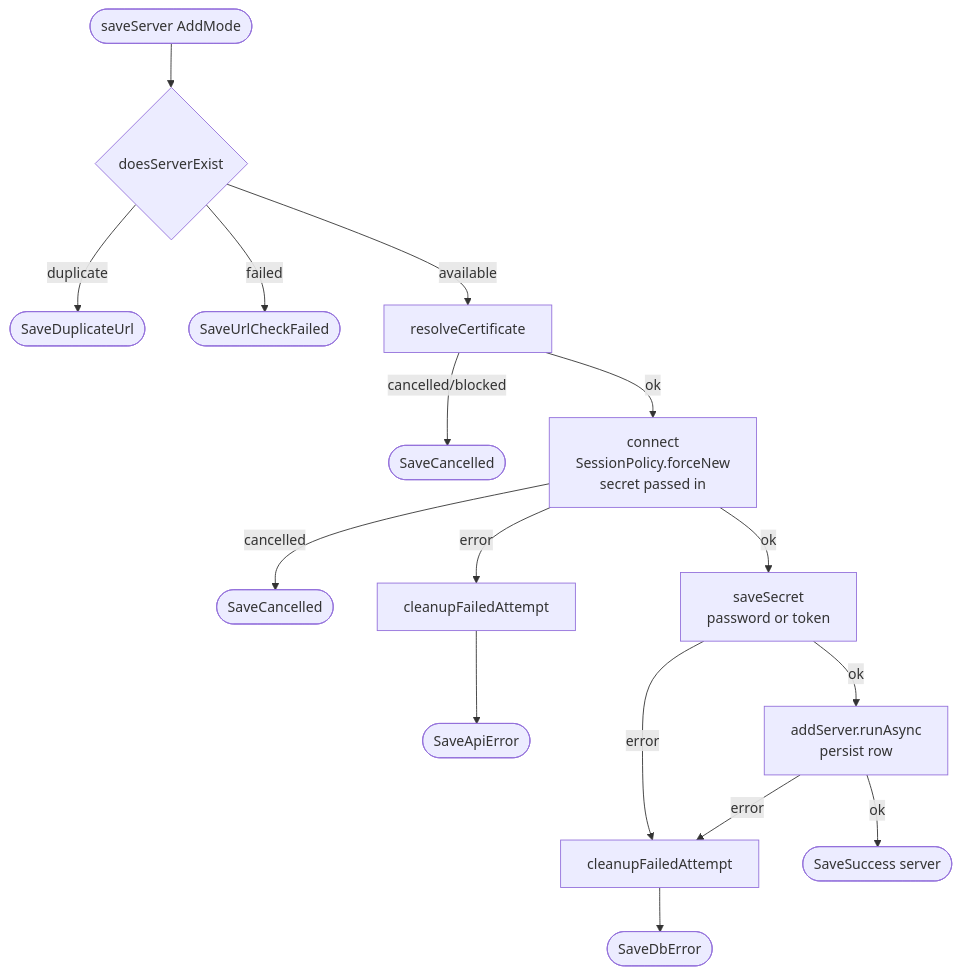
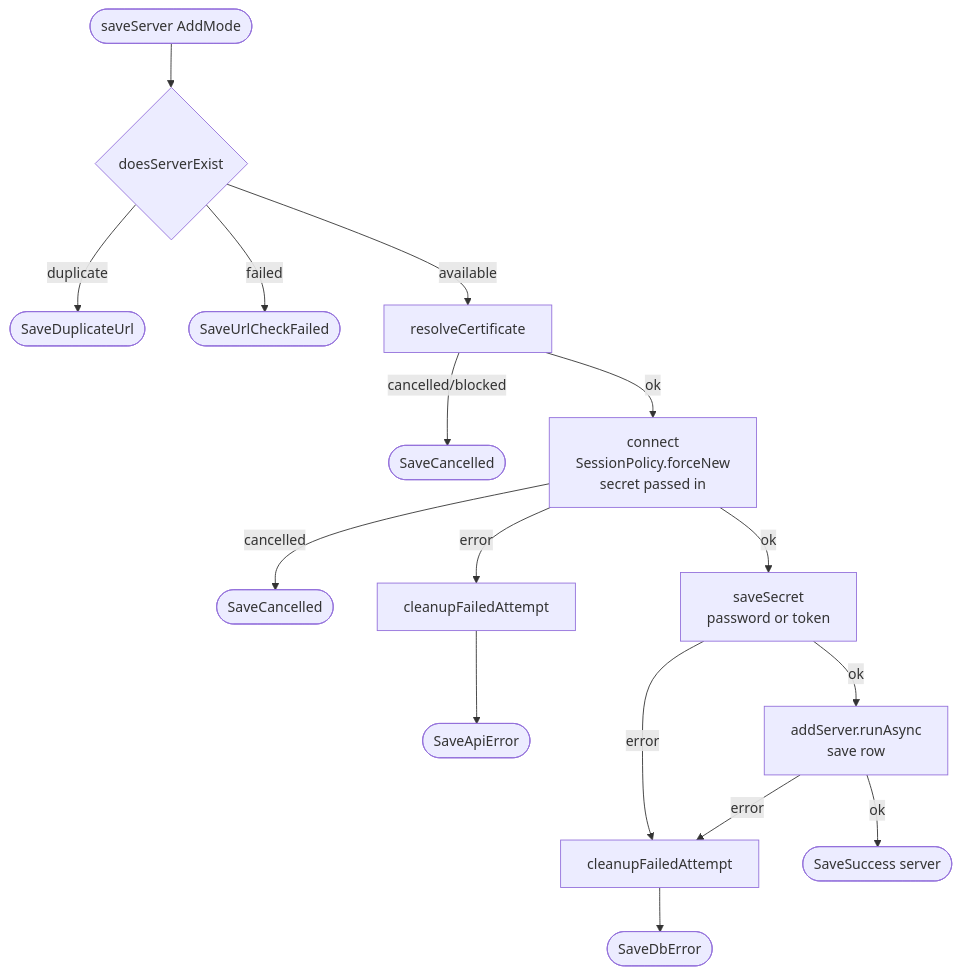
The second of 8 diagrams in docs/server-connection-flow.md (tsutsu3/pi-hole-client), drawn with Mermaid before and after one commit. The commit also changed other lines of this file and 32 other files, not shown here.

````diff
--- a/docs/server-connection-flow.md
+++ b/docs/server-connection-flow.md
@@ -72,16 +58,16 @@
 ```mermaid
 flowchart TD
   A([saveServer AddMode]) --> B{doesServerExist}
   B -- duplicate --> BD([SaveDuplicateUrl])
   B -- failed --> BF([SaveUrlCheckFailed])
   B -- available --> D[resolveCertificate]
   D -- cancelled/blocked --> DX([SaveCancelled])
   D -- ok --> C[connect<br/>SessionPolicy.forceNew<br/>secret passed in]
   C -- cancelled --> CX([SaveCancelled])
   C -- error --> CE[cleanupFailedAttempt] --> CA([SaveApiError])
   C -- ok --> S[saveSecret<br/>password or token]
   S -- error --> F[cleanupFailedAttempt] --> DB([SaveDbError])
-  S -- ok --> M[addServer.runAsync<br/>persist row]
+  S -- ok --> M[addServer.runAsync<br/>save row]
   M -- error --> F
   M -- ok --> J([SaveSuccess server])
 ```
````
